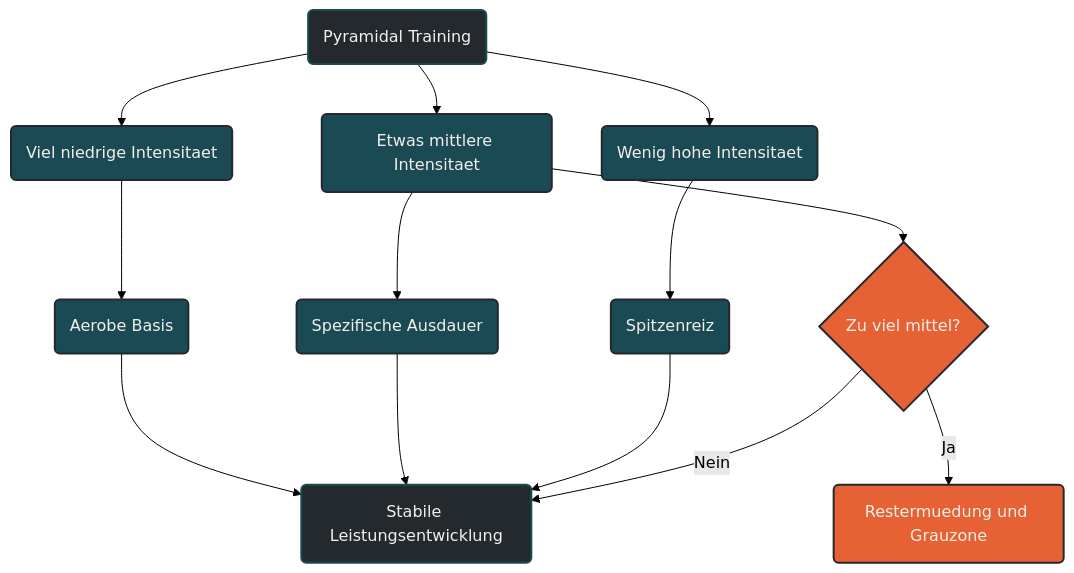
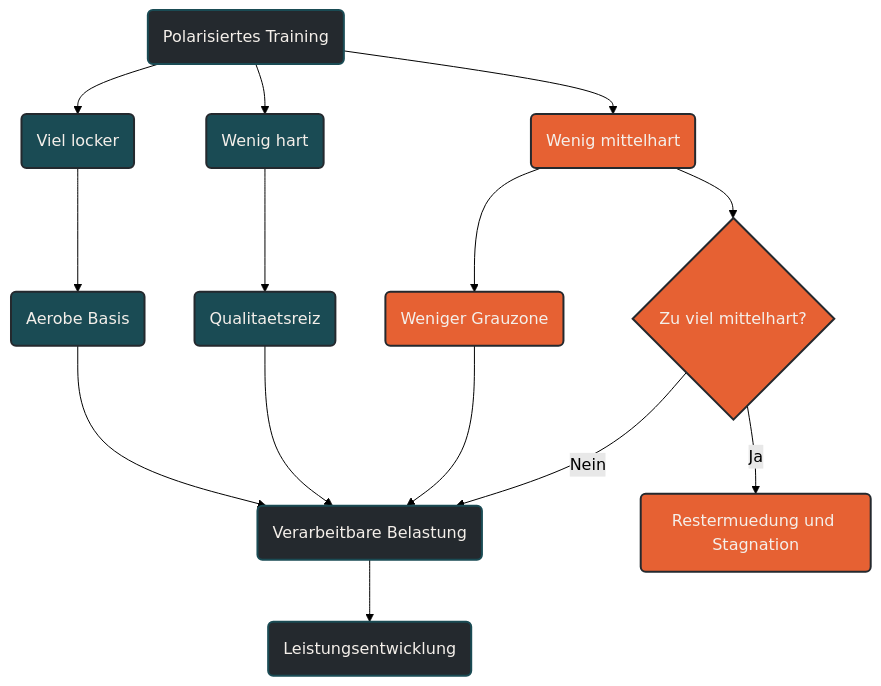
Before and after one commit to Quixos40K/ausdauersport-typemill: the diagram in content/00-ausdauersport/00-trainingswissenschaft/01-trainingsintensitaeten/05-pyramidal-training.md, drawn with Mermaid (forest theme). The commit also changed other lines of this file, not shown here.

First line of the commit message:
Revise content to focus on polarisiertes Training

````diff
--- a/content/00-ausdauersport/00-trainingswissenschaft/01-trainingsintensitaeten/05-pyramidal-training.md
+++ b/content/00-ausdauersport/00-trainingswissenschaft/01-trainingsintensitaeten/05-pyramidal-training.md
@@ -107,34 +106,37 @@
 ```mermaid
 graph TD
-    A(Pyramidal Training) --> B(Viel niedrige Intensitaet)
-    A --> C(Etwas mittlere Intensitaet)
-    A --> D(Wenig hohe Intensitaet)
+    A(Polarisiertes Training) --> B(Viel locker)
+    A --> C(Wenig hart)
+    A --> D(Wenig mittelhart)
 
     B --> E(Aerobe Basis)
-    C --> F(Spezifische Ausdauer)
-    D --> G(Spitzenreiz)
+    C --> F(Qualitaetsreiz)
+    D --> G(Weniger Grauzone)
 
-    E --> H(Stabile Leistungsentwicklung)
+    E --> H(Verarbeitbare Belastung)
     F --> H
     G --> H
 
-    C --> I{Zu viel mittel?}
-    I -->|Ja| J(Restermuedung und Grauzone)
-    I -->|Nein| H
+    H --> I(Leistungsentwicklung)
+
+    D --> J{Zu viel mittelhart?}
+    J -->|Ja| K(Restermuedung und Stagnation)
+    J -->|Nein| H
 
     classDef default fill:#F4EFEA,stroke:#1A4B54,stroke-width:2px,color:#24292E;
     classDef primary fill:#1A4B54,stroke:#24292E,stroke-width:2px,color:#F4EFEA;
     classDef highlight fill:#E66133,stroke:#24292E,stroke-width:2px,color:#F4EFEA;
     classDef dark fill:#24292E,stroke:#1A4B54,stroke-width:2px,color:#F4EFEA;
 
     class A dark;
     class B primary;
     class C primary;
-    class D primary;
+    class D highlight;
     class E primary;
     class F primary;
-    class G primary;
+    class G highlight;
     class H dark;
-    class I highlight;
+    class I dark;
     class J highlight;
+    class K highlight;
 ```
````
